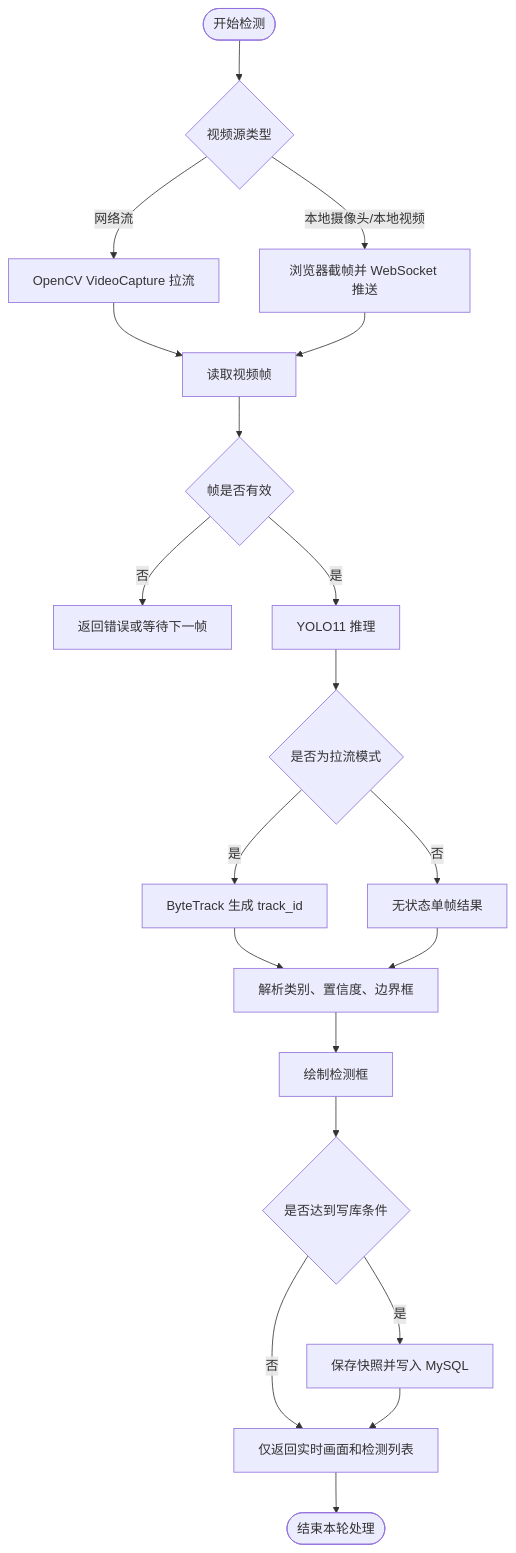
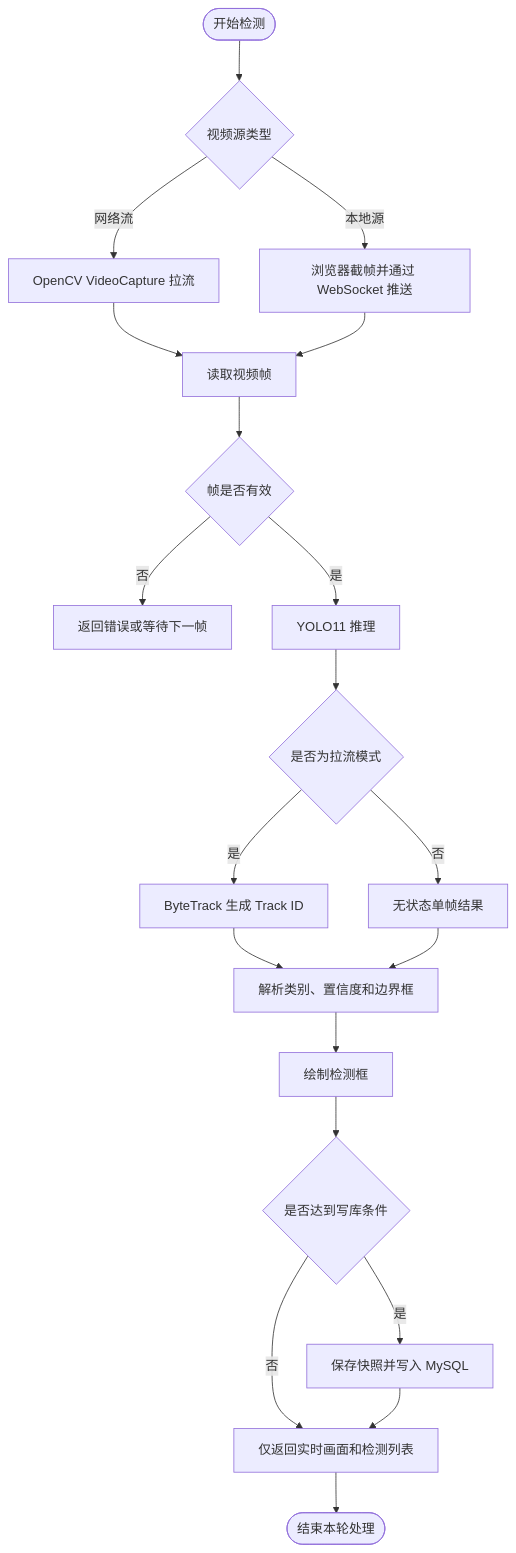
One commit to xez014/yolo-smarthome changed diagram 14 of 16 in docs/毕业论文初稿.md. Above: the diagram before and after it, drawn with Mermaid. The commit also changed other lines of this file, not shown here.

Commit message:
Fix GitHub Mermaid rendering

````diff
--- a/docs/毕业论文初稿.md
+++ b/docs/毕业论文初稿.md
@@ -796,22 +796,22 @@
 ```mermaid
 flowchart TD
-    A([开始检测]) --> B{视频源类型}
-    B -- 网络流 --> C[OpenCV VideoCapture 拉流]
-    B -- 本地摄像头/本地视频 --> D[浏览器截帧并 WebSocket 推送]
-    C --> E[读取视频帧]
+    A(["开始检测"]) --> B{"视频源类型"}
+    B -->|网络流| C["OpenCV VideoCapture 拉流"]
+    B -->|本地源| D["浏览器截帧并通过 WebSocket 推送"]
+    C --> E["读取视频帧"]
     D --> E
-    E --> F{帧是否有效}
-    F -- 否 --> G[返回错误或等待下一帧]
-    F -- 是 --> H[YOLO11 推理]
-    H --> I{是否为拉流模式}
-    I -- 是 --> J[ByteTrack 生成 track_id]
-    I -- 否 --> K[无状态单帧结果]
-    J --> L[解析类别、置信度、边界框]
+    E --> F{"帧是否有效"}
+    F -->|否| G["返回错误或等待下一帧"]
+    F -->|是| H["YOLO11 推理"]
+    H --> I{"是否为拉流模式"}
+    I -->|是| J["ByteTrack 生成 Track ID"]
+    I -->|否| K["无状态单帧结果"]
+    J --> L["解析类别、置信度和边界框"]
     K --> L
-    L --> M[绘制检测框]
-    M --> N{是否达到写库条件}
-    N -- 否 --> O[仅返回实时画面和检测列表]
-    N -- 是 --> P[保存快照并写入 MySQL]
+    L --> M["绘制检测框"]
+    M --> N{"是否达到写库条件"}
+    N -->|否| O["仅返回实时画面和检测列表"]
+    N -->|是| P["保存快照并写入 MySQL"]
     P --> O
-    O --> Q([结束本轮处理])
+    O --> Q(["结束本轮处理"])
 ```
````
